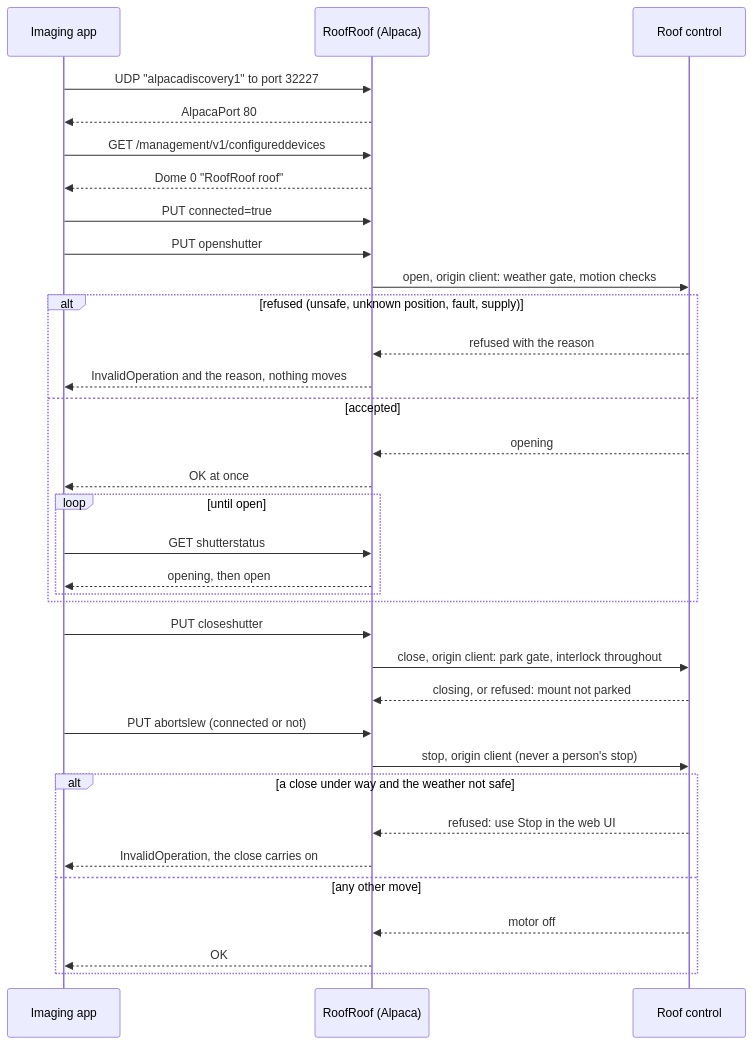
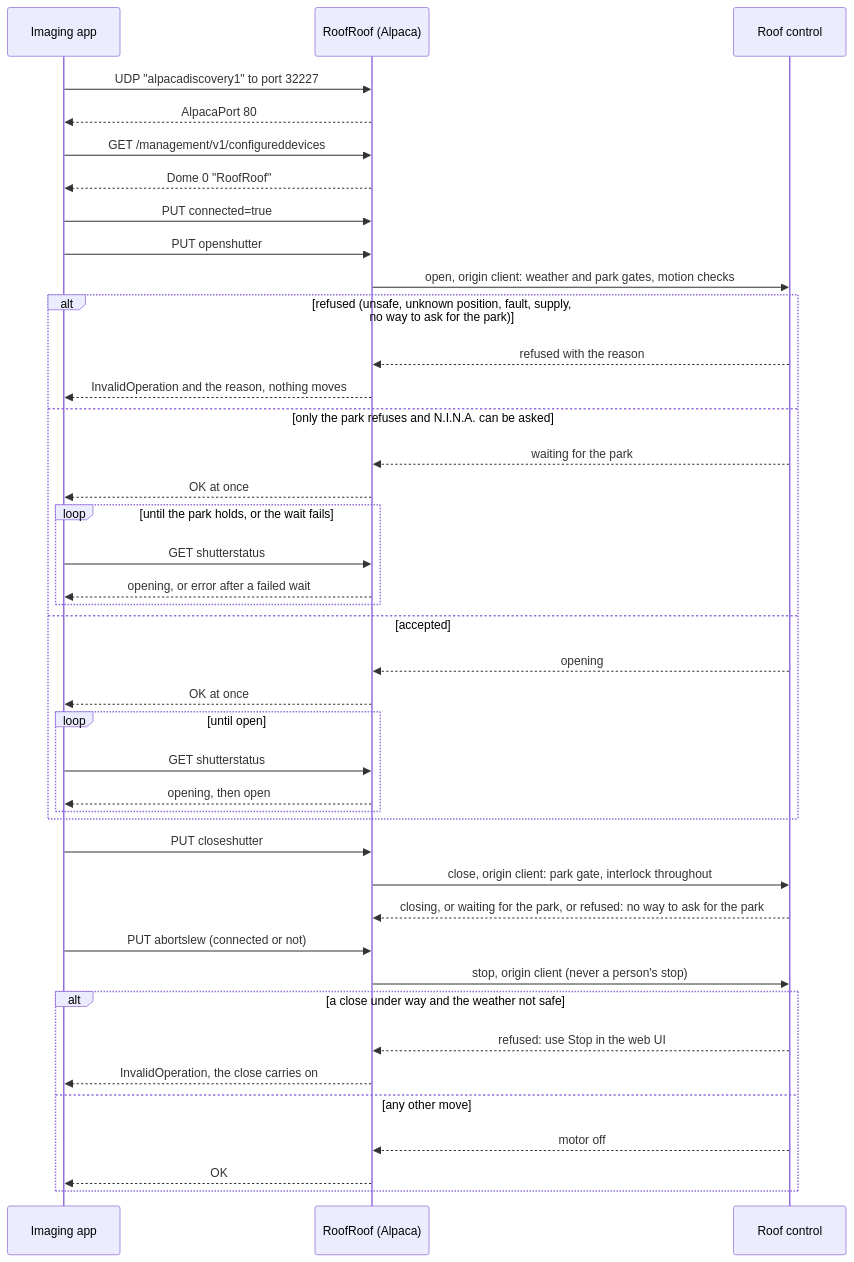
One commit to DeanJ87/RoofRoof changed the diagram in docs/user-guide/alpaca.md. Above: the diagram before and after it, drawn with Mermaid. The commit also changed other lines of this file and 23 other files, not shown here.

Commit message:
027: docs, REST and OpenAPI, contract schemas, Home Assistant page, changelog

````diff
--- a/docs/user-guide/alpaca.md
+++ b/docs/user-guide/alpaca.md
@@ -110,38 +121,45 @@
 ```mermaid
 sequenceDiagram
     accTitle: An imaging app drives the roof's Dome
-    accDescr: The app finds RoofRoof by UDP discovery and lists its one Dome. It connects. OpenShutter goes through the same weather check (and is refused while the roof is closing), and CloseShutter through the same park check, as the web UI's buttons; a refused command returns InvalidOperation with the reason and nothing moves, an accepted one returns at once and the app polls ShutterStatus until open or closed. Open and close need a connected client. AbortSlew stops the roof at once, connected or not, except a close while the weather isn't safe, which it can't stop; it is never a person's stop.
+    accDescr: The app finds RoofRoof by UDP discovery and lists its one Dome. It connects. OpenShutter goes through the same weather and park checks (and is refused while the roof is closing), and CloseShutter through the same park check, as the web UI's buttons; a refused command returns InvalidOperation with the reason and nothing moves, an accepted one returns at once and the app polls ShutterStatus until open or closed. When only the park refuses a command and N.I.N.A. can be asked, it is accepted too and waits for the park, ShutterStatus reading opening or closing, and reads error if the wait fails. Open and close need a connected client. AbortSlew stops the roof at once, connected or not, except a close while the weather isn't safe, which it can't stop; it is never a person's stop.
     participant A as Imaging app
     participant R as RoofRoof (Alpaca)
     participant C as Roof control
     A->>R: UDP "alpacadiscovery1" to port 32227
     R-->>A: AlpacaPort 80
     A->>R: GET /management/v1/configureddevices
-    R-->>A: Dome 0 "RoofRoof roof"
+    R-->>A: Dome 0 "RoofRoof"
     A->>R: PUT connected=true
     A->>R: PUT openshutter
-    R->>C: open, origin client: weather gate, motion checks
-    alt refused (unsafe, unknown position, fault, supply)
+    R->>C: open, origin client: weather and park gates, motion checks
+    alt refused (unsafe, unknown position, fault, supply, no way to ask for the park)
         C-->>R: refused with the reason
         R-->>A: InvalidOperation and the reason, nothing moves
+    else only the park refuses and N.I.N.A. can be asked
+        C-->>R: waiting for the park
+        R-->>A: OK at once
+        loop until the park holds, or the wait fails
+            A->>R: GET shutterstatus
+            R-->>A: opening, or error after a failed wait
+        end
     else accepted
         C-->>R: opening
         R-->>A: OK at once
         loop until open
             A->>R: GET shutterstatus
             R-->>A: opening, then open
         end
     end
     A->>R: PUT closeshutter
     R->>C: close, origin client: park gate, interlock throughout
-    C-->>R: closing, or refused: mount not parked
+    C-->>R: closing, or waiting for the park, or refused: no way to ask for the park
     A->>R: PUT abortslew (connected or not)
     R->>C: stop, origin client (never a person's stop)
     alt a close under way and the weather not safe
         C-->>R: refused: use Stop in the web UI
         R-->>A: InvalidOperation, the close carries on
     else any other move
         C-->>R: motor off
         R-->>A: OK
     end
 ```
````
